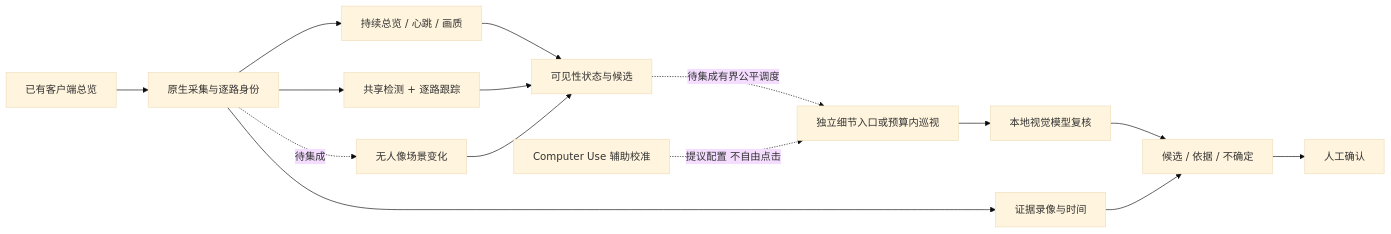
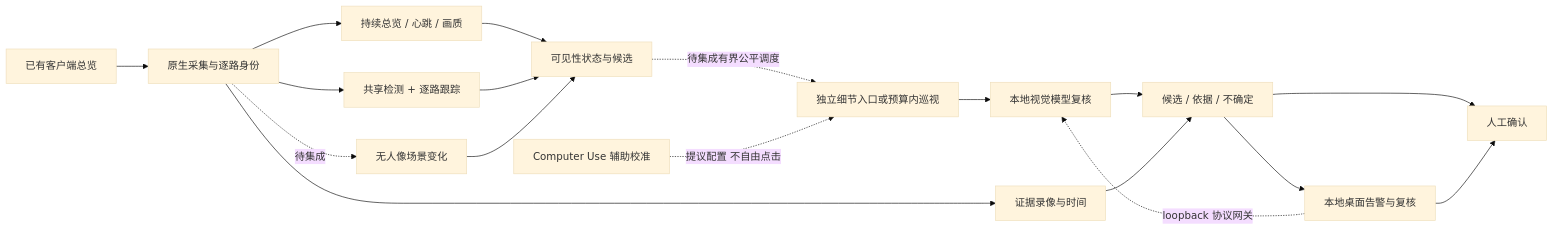
The diagram in README.md (wailliamkf-commits/factory-monitor-blueprint), drawn with Mermaid (base theme) before and after one commit. The commit also changed other lines of this file and 52 other files, not shown here.

````diff
--- a/README.md
+++ b/README.md
@@ -27,17 +30,20 @@
 ```mermaid
 flowchart LR
     A[已有客户端总览] --> B[原生采集与逐路身份]
     B --> C[持续总览 / 心跳 / 画质]
     B --> D[共享检测 + 逐路跟踪]
     B -. 待集成 .-> E[无人像场景变化]
     C --> F[可见性状态与候选]
     D --> F
     E --> F
     F -. 待集成有界公平调度 .-> G[独立细节入口或预算内巡视]
     G --> H[本地视觉模型复核]
     B --> I[证据录像与时间]
     H --> J[候选 / 依据 / 不确定]
     I --> J
     J --> K[人工确认]
     L[Computer Use 辅助校准] -. 提议配置 不自由点击 .-> G
+    J --> M[本地桌面告警与复核]
+    M --> K
+    M -. loopback 协议网关 .-> H
 ```
````
